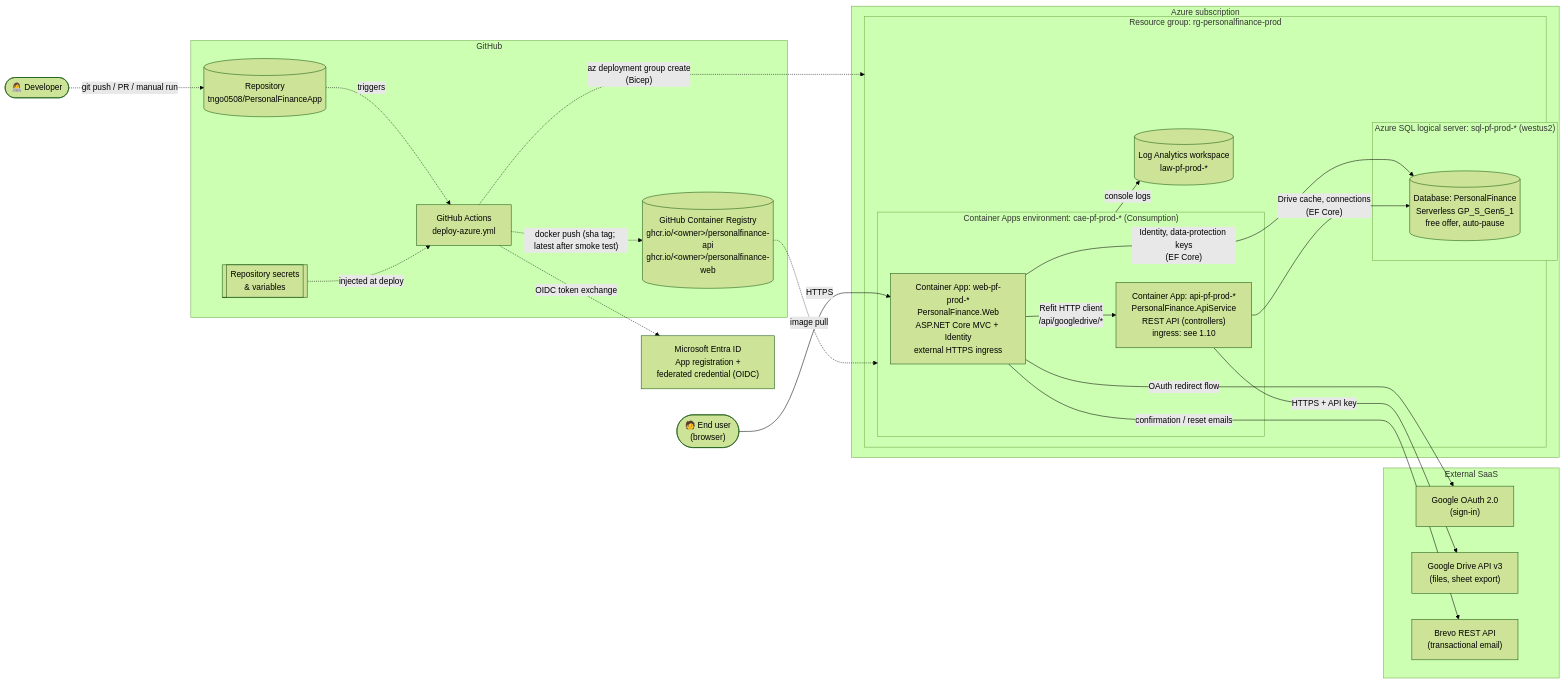
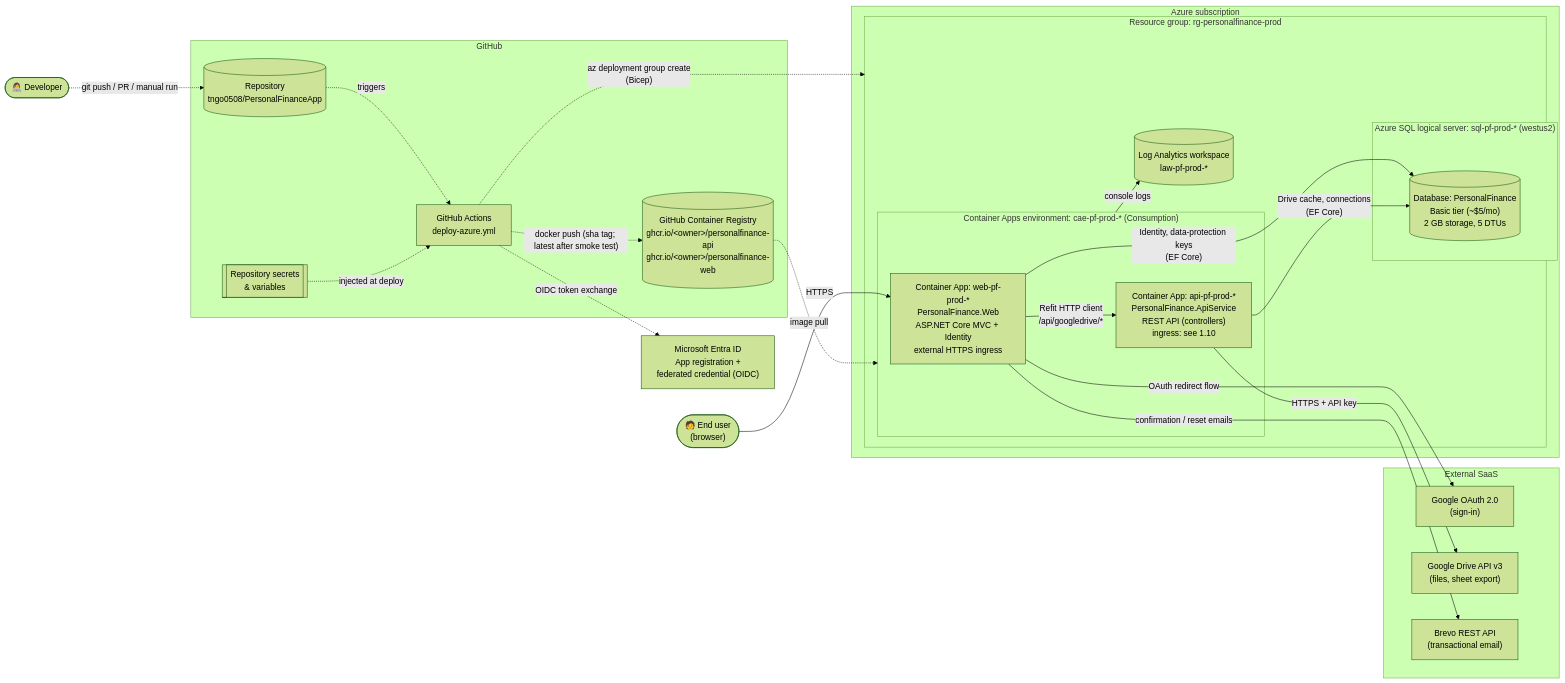
Before and after one commit to tngo0508/PersonalFinance: the first of 8 diagrams in deployment.md, drawn with Mermaid (forest theme). The commit also changed other lines of this file and 2 other files, not shown here.

````diff
--- a/deployment.md
+++ b/deployment.md
@@ -15,50 +15,50 @@
 ```mermaid
 flowchart LR
     dev(["👩‍💻 Developer"])
     user(["🧑 End user<br/>(browser)"])
 
     subgraph GH["GitHub"]
         repo[("Repository<br/>tngo0508/PersonalFinanceApp")]
         actions["GitHub Actions<br/>deploy-azure.yml"]
         secrets[["Repository secrets<br/>&amp; variables"]]
         ghcr[("GitHub Container Registry<br/>ghcr.io/&lt;owner&gt;/personalfinance-api<br/>ghcr.io/&lt;owner&gt;/personalfinance-web")]
     end
 
     entra["Microsoft Entra ID<br/>App registration +<br/>federated credential (OIDC)"]
 
     subgraph AZ["Azure subscription"]
         subgraph RG["Resource group: rg-personalfinance-prod"]
             law[("Log Analytics workspace<br/>law-pf-prod-*")]
             subgraph CAE["Container Apps environment: cae-pf-prod-* (Consumption)"]
                 web["Container App: web-pf-prod-*<br/>PersonalFinance.Web<br/>ASP.NET Core MVC + Identity<br/>external HTTPS ingress"]
                 api["Container App: api-pf-prod-*<br/>PersonalFinance.ApiService<br/>REST API (controllers)<br/>ingress: see 1.10"]
             end
             subgraph SQLS["Azure SQL logical server: sql-pf-prod-* (westus2)"]
-                sqldb[("Database: PersonalFinance<br/>Serverless GP_S_Gen5_1<br/>free offer, auto-pause")]
+                sqldb[("Database: PersonalFinance<br/>Basic tier (~$5/mo)<br/>2 GB storage, 5 DTUs")]
             end
         end
     end
 
     subgraph EXT["External SaaS"]
         goauth["Google OAuth 2.0<br/>(sign-in)"]
         gdrive["Google Drive API v3<br/>(files, sheet export)"]
         brevo["Brevo REST API<br/>(transactional email)"]
     end
 
     dev -. "git push / PR / manual run" .-> repo
     repo -. "triggers" .-> actions
     secrets -. "injected at deploy" .-> actions
     actions -. "docker push (sha tag; latest after smoke test)" .-> ghcr
     actions -. "OIDC token exchange" .-> entra
     actions -. "az deployment group create<br/>(Bicep)" .-> RG
     ghcr -. "image pull" .-> CAE
 
     user -- "HTTPS" --> web
     web -- "Refit HTTP client<br/>/api/googledrive/*" --> api
     web -- "Identity, data-protection keys<br/>(EF Core)" --> sqldb
     api -- "Drive cache, connections<br/>(EF Core)" --> sqldb
     api -- "HTTPS + API key" --> gdrive
     web -- "OAuth redirect flow" --> goauth
     web -- "confirmation / reset emails" --> brevo
     CAE -- "console logs" --> law
 ```
````
